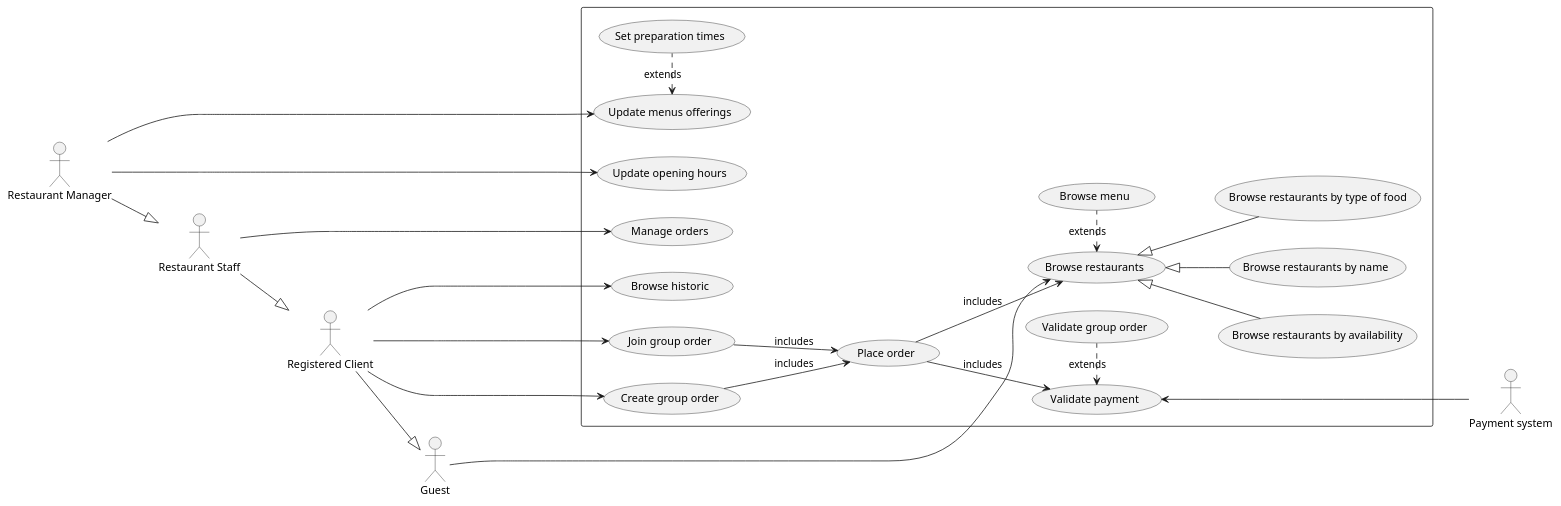
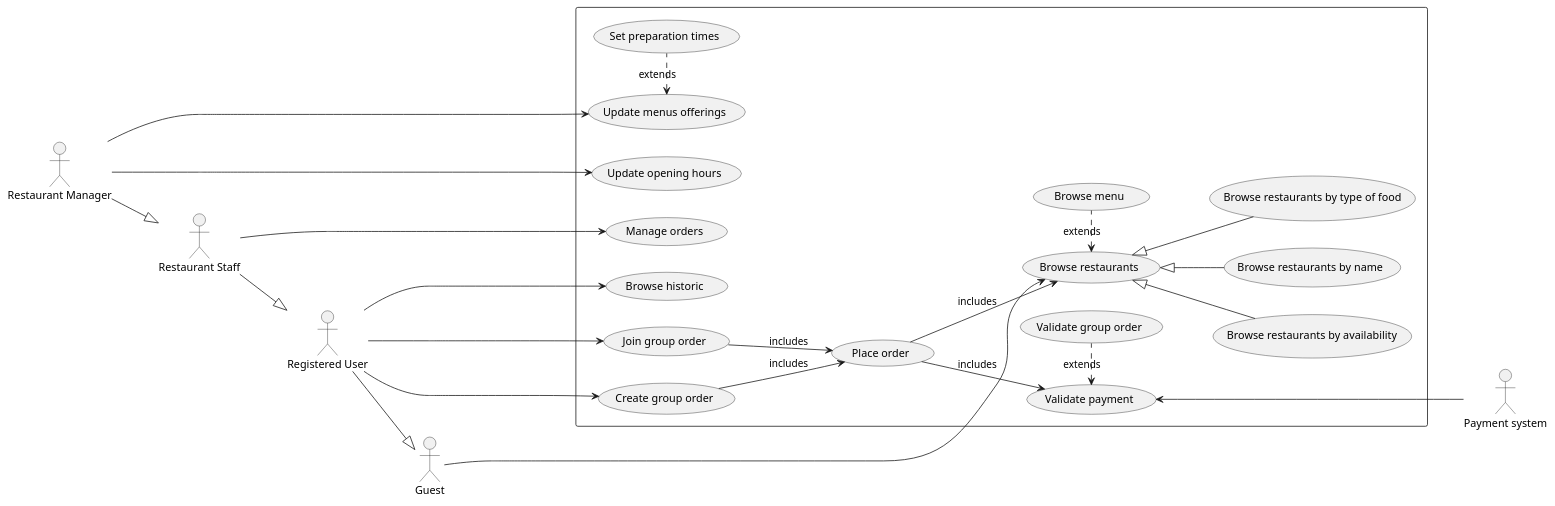
Before and after one commit to Other-Project/SI4-STEats: the first of 4 diagrams in doc/uml.md, drawn with PlantUML. The commit also changed other lines of this file, not shown here.

Commit message:
revert(#5): Some unwanted renaming of User to Client

````diff
--- a/doc/uml.md
+++ b/doc/uml.md
@@ -30,50 +30,50 @@
 ```plantuml
 @startuml
 left to right direction
 actor "Restaurant Manager" as manager
 actor "Restaurant Staff" as restaurant
-actor "Registered Client" as registered_user
+actor "Registered User" as registered_user
 actor "Guest" as guest
 actor "Payment system" as payment_system
 rectangle {
   usecase "Browse restaurants" as UC1
   usecase "Browse restaurants by name" as UC1A
   usecase "Browse restaurants by type of food" as UC1B
   usecase "Browse restaurants by availability" as UC1C
   usecase "Browse menu" as UC2
   usecase "Update opening hours" as UC10
   usecase "Update menus offerings" as UC20
   usecase "Set preparation times" as UC30
   usecase "Manage orders" as UC40
   usecase "Place order" as UC3
   usecase "Create group order" as UC4
   usecase "Join group order" as UC4b
   usecase "Validate group order" as UC5
   usecase "Browse historic" as UC6
   usecase "Validate payment" as UC7
 }
 manager --|> restaurant
 restaurant --|> registered_user
 registered_user --|> guest
 guest ------> UC1
 UC1 <. UC2 : extends
 UC1 <|-- UC1A
 UC1 <|-- UC1B
 UC1 <|-- UC1C
  
 UC3 --> UC1 : includes
 registered_user ---> UC4 
 registered_user ---> UC4b
 registered_user ---> UC6
 UC4 --> UC3 : includes
 UC4b --> UC3 : includes
 UC3 --> UC7 : includes
 UC7 <. UC5 : extends
 UC7 <--- payment_system
 
 restaurant --> UC40
 manager --> UC10
 manager --> UC20
 UC20 <. UC30 : extends
 @enduml
 ```
````
